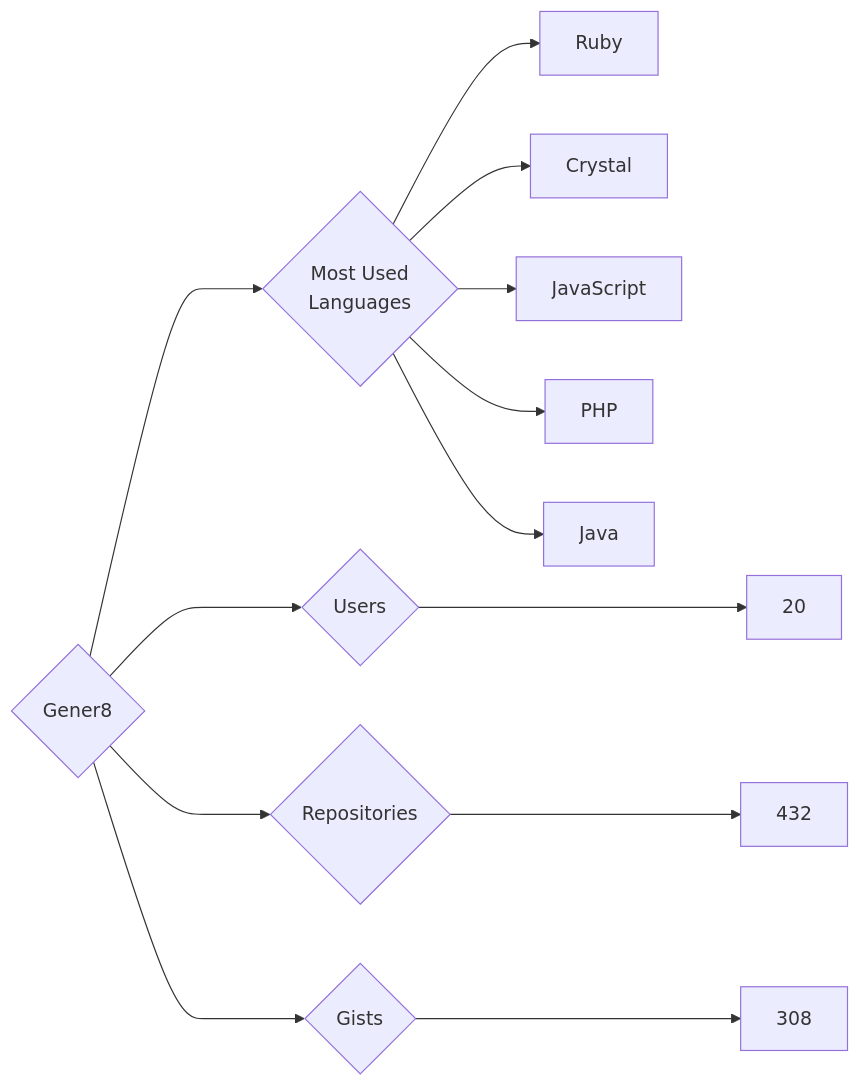
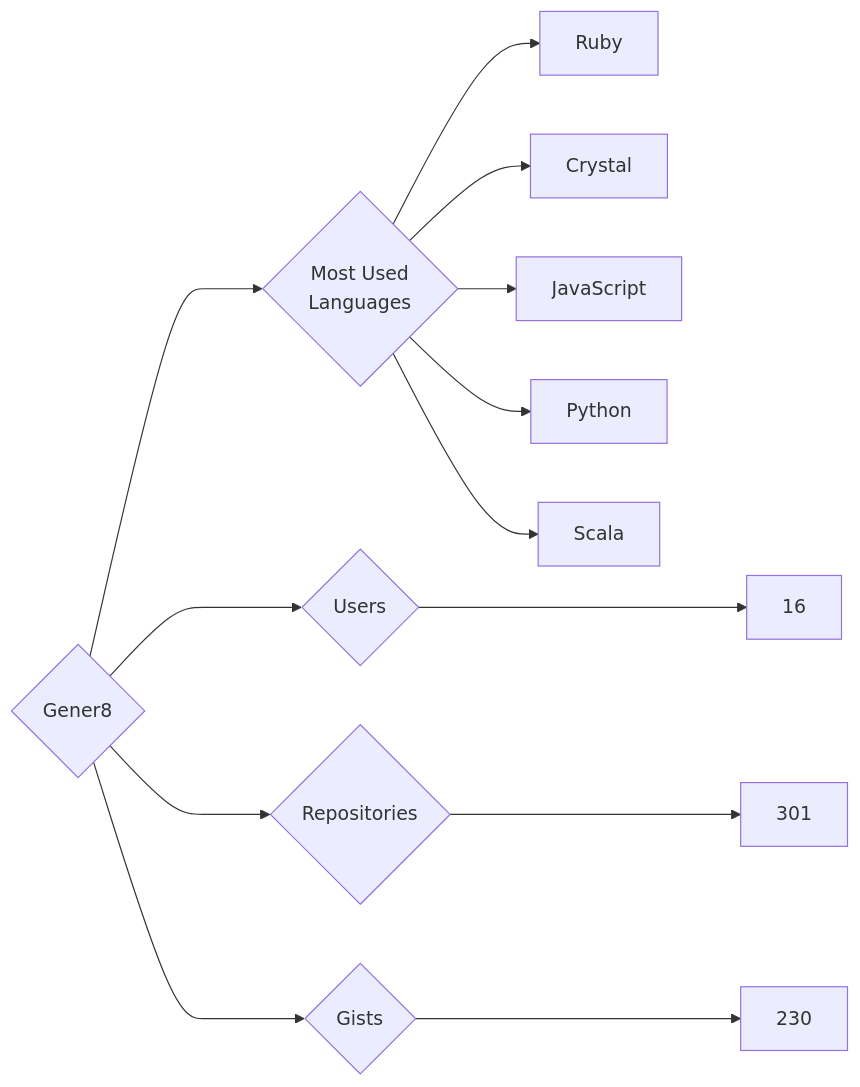
One commit to trickest/insiders changed the diagram in targets/Gener8/README.md. Above: the diagram before and after it, drawn with Mermaid. The commit also changed 930 other files, not shown here.

````diff
--- a/targets/Gener8/README.md
+++ b/targets/Gener8/README.md
@@ -3,13 +3,13 @@
 ```mermaid
 graph LR
 COMPANY_NAME{Gener8}
-COMPANY_NAME ---> U{Users} ---> UN[20]
-COMPANY_NAME ---> R{Repositories} ---> RN[432]
-COMPANY_NAME ---> G{Gists} ---> GN[308]
+COMPANY_NAME ---> U{Users} ---> UN[16]
+COMPANY_NAME ---> R{Repositories} ---> RN[301]
+COMPANY_NAME ---> G{Gists} ---> GN[230]
 COMPANY_NAME ---> ML{Most Used<br>Languages}
 ML --> Ruby[Ruby]
 ML --> Crystal[Crystal]
 ML --> JavaScript[JavaScript]
-ML --> PHP[PHP]
-ML --> Java[Java]
+ML --> Python[Python]
+ML --> Scala[Scala]
 ```
````
